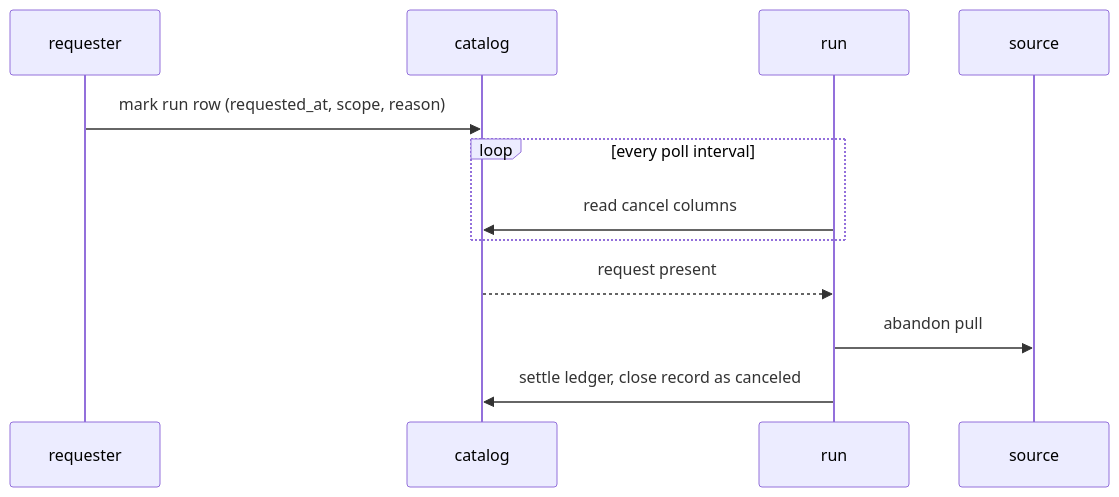
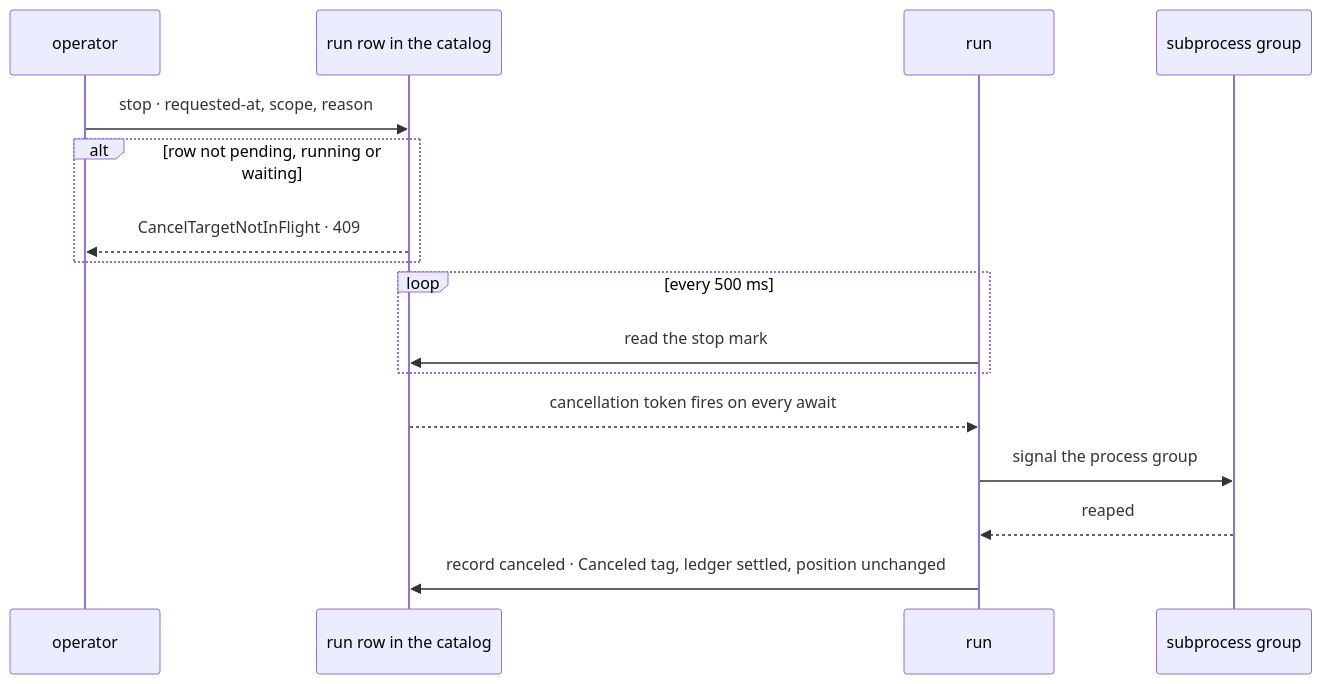
The fifth of 6 diagrams in spec/30-run.md (fractalboxdev/contextful), drawn with Mermaid before and after one commit. The commit also changed other lines of this file and 471 other files, not shown here.

````diff
--- a/spec/30-run.md
+++ b/spec/30-run.md
@@ -435,14 +219,18 @@
 ```mermaid
 sequenceDiagram
-  participant O as requester
-  participant C as catalog
+  participant O as operator
+  participant C as run row in the catalog
   participant R as run
-  participant S as source
-  O->>C: mark run row (requested_at, scope, reason)
-  loop every poll interval
-    R->>C: read cancel columns
+  participant G as subprocess group
+  O->>C: stop · requested-at, scope, reason
+  alt row not pending, running or waiting
+    C-->>O: CancelTargetNotInFlight · 409
   end
-  C-->>R: request present
-  R->>S: abandon pull
-  R->>C: settle ledger, close record as canceled
+  loop every 500 ms
+    R->>C: read the stop mark
+  end
+  C-->>R: cancellation token fires on every await
+  R->>G: signal the process group
+  G-->>R: reaped
+  R->>C: record canceled · Canceled tag, ledger settled, position unchanged
 ```
````
